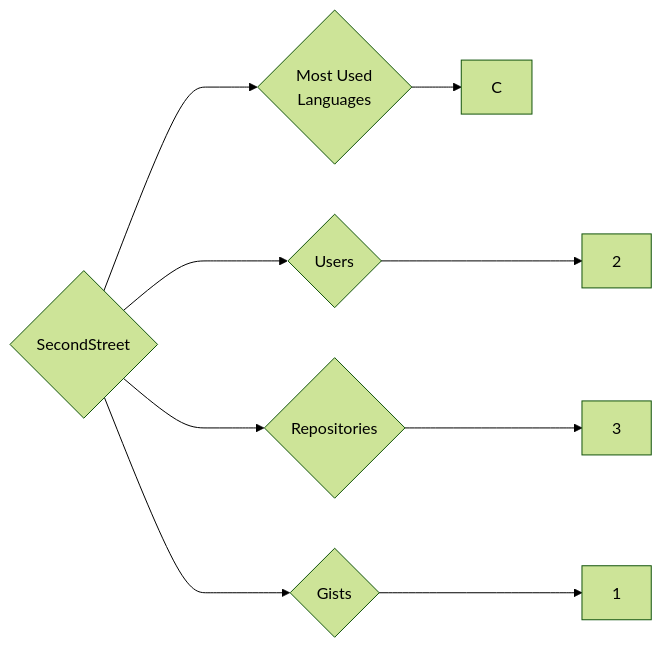
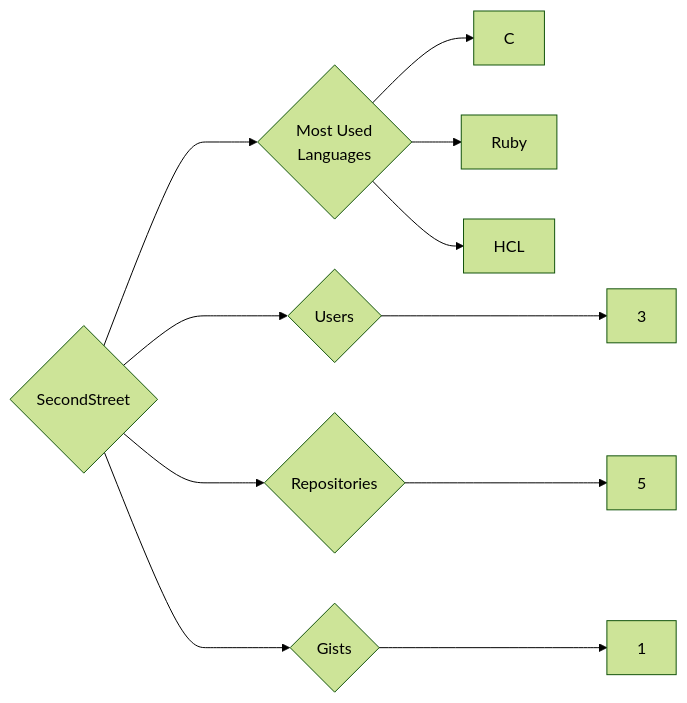
Before and after one commit to trickest/insiders: the diagram in targets/SecondStreet/README.md, drawn with Mermaid (forest theme). The commit also changed 1248 other files, not shown here.

````diff
--- a/targets/SecondStreet/README.md
+++ b/targets/SecondStreet/README.md
@@ -3,9 +3,11 @@
 ```mermaid
 graph LR
 COMPANY_NAME{SecondStreet}
-COMPANY_NAME ---> U{Users} ---> UN[2]
-COMPANY_NAME ---> R{Repositories} ---> RN[3]
+COMPANY_NAME ---> U{Users} ---> UN[3]
+COMPANY_NAME ---> R{Repositories} ---> RN[5]
 COMPANY_NAME ---> G{Gists} ---> GN[1]
 COMPANY_NAME ---> ML{Most Used<br>Languages}
 ML --> C[C]
+ML --> Ruby[Ruby]
+ML --> HCL[HCL]
 ```
````
